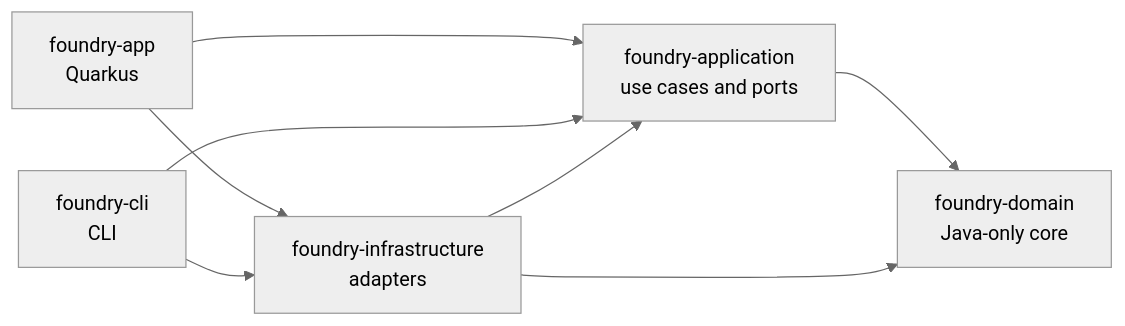
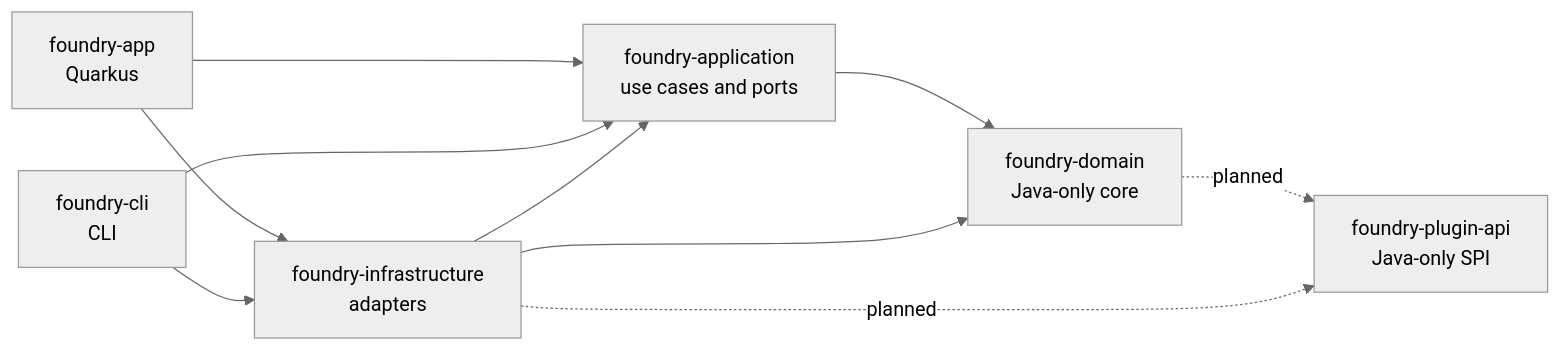
One commit to SebastienDegodez/microcks-foundry changed the first of 2 diagrams in ARCHITECTURE.md. Above: the diagram before and after it, drawn with Mermaid (neutral theme). The commit also changed other lines of this file and 1 other file, not shown here.

Commit message:
docs: propose DDD domain model and contribution rules (#71)

````diff
--- a/ARCHITECTURE.md
+++ b/ARCHITECTURE.md
@@ -15,10 +23,12 @@
 ```mermaid
 flowchart LR
   app[foundry-app<br/>Quarkus] --> application[foundry-application<br/>use cases and ports]
   cli[foundry-cli<br/>CLI] --> application
   app --> infrastructure[foundry-infrastructure<br/>adapters]
   cli --> infrastructure
   infrastructure --> application
   application --> domain[foundry-domain<br/>Java-only core]
   infrastructure --> domain
+  domain -.planned.-> pluginapi[foundry-plugin-api<br/>Java-only SPI]
+  infrastructure -.planned.-> pluginapi
 ```
````
